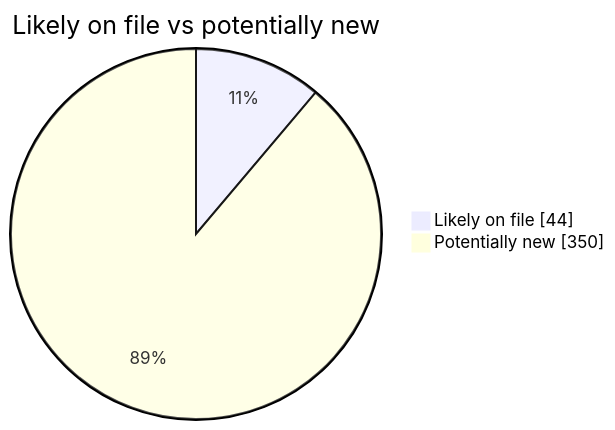
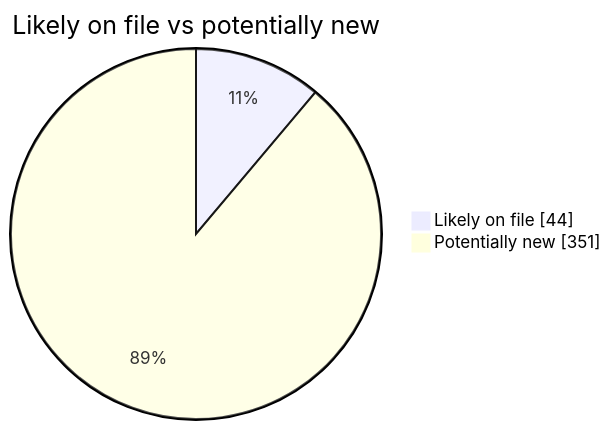
Before and after one commit to martinbalfanz/social-scanner-reports: the second of 4 diagrams in README.md, drawn with Mermaid. The commit also changed other lines of this file and 4 other files, not shown here.

````diff
--- a/README.md
+++ b/README.md
@@ -40,5 +40,5 @@
 ```mermaid
 pie showData title Likely on file vs potentially new
     "Likely on file" : 44
-    "Potentially new" : 350
+    "Potentially new" : 351
 ```
````
